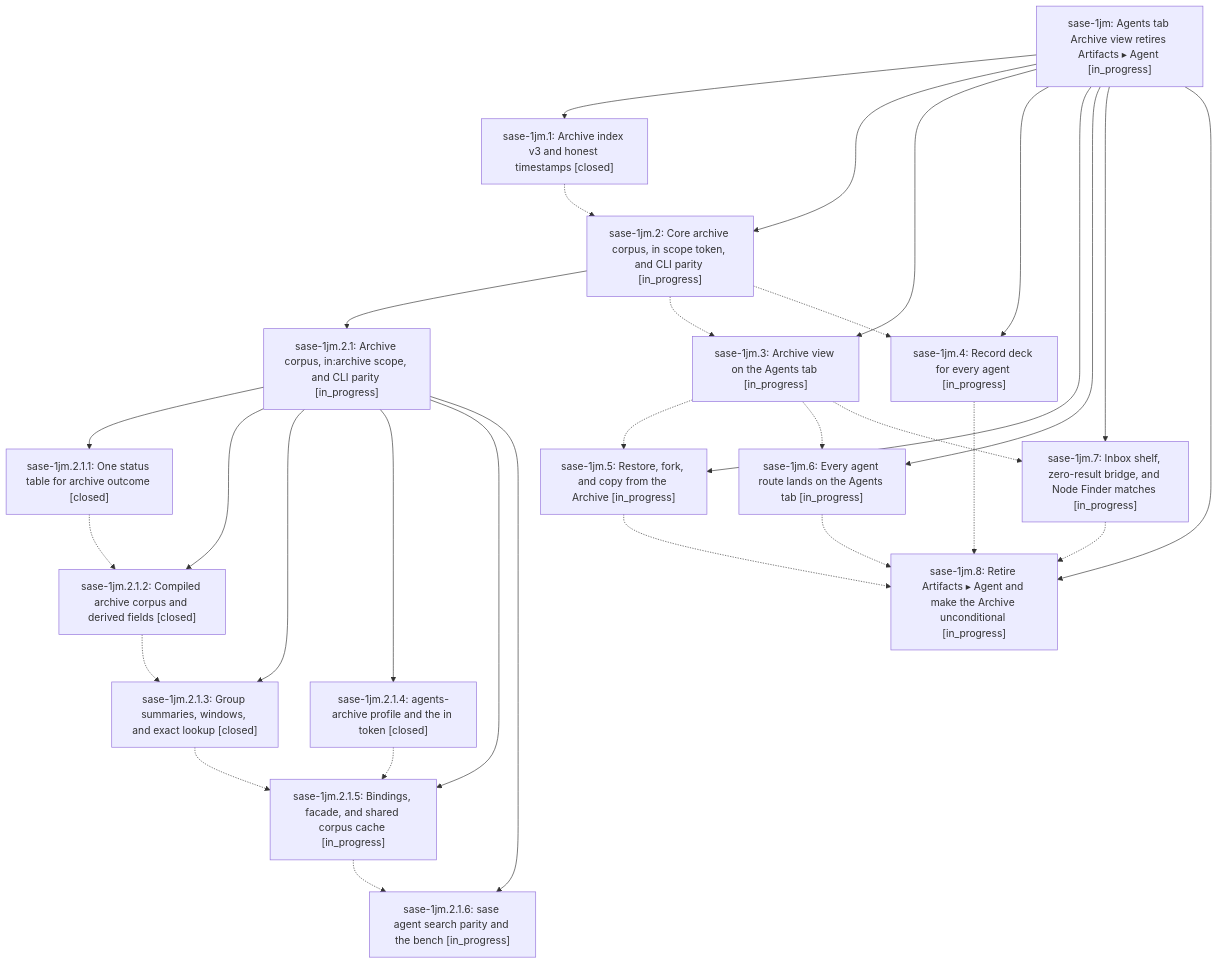
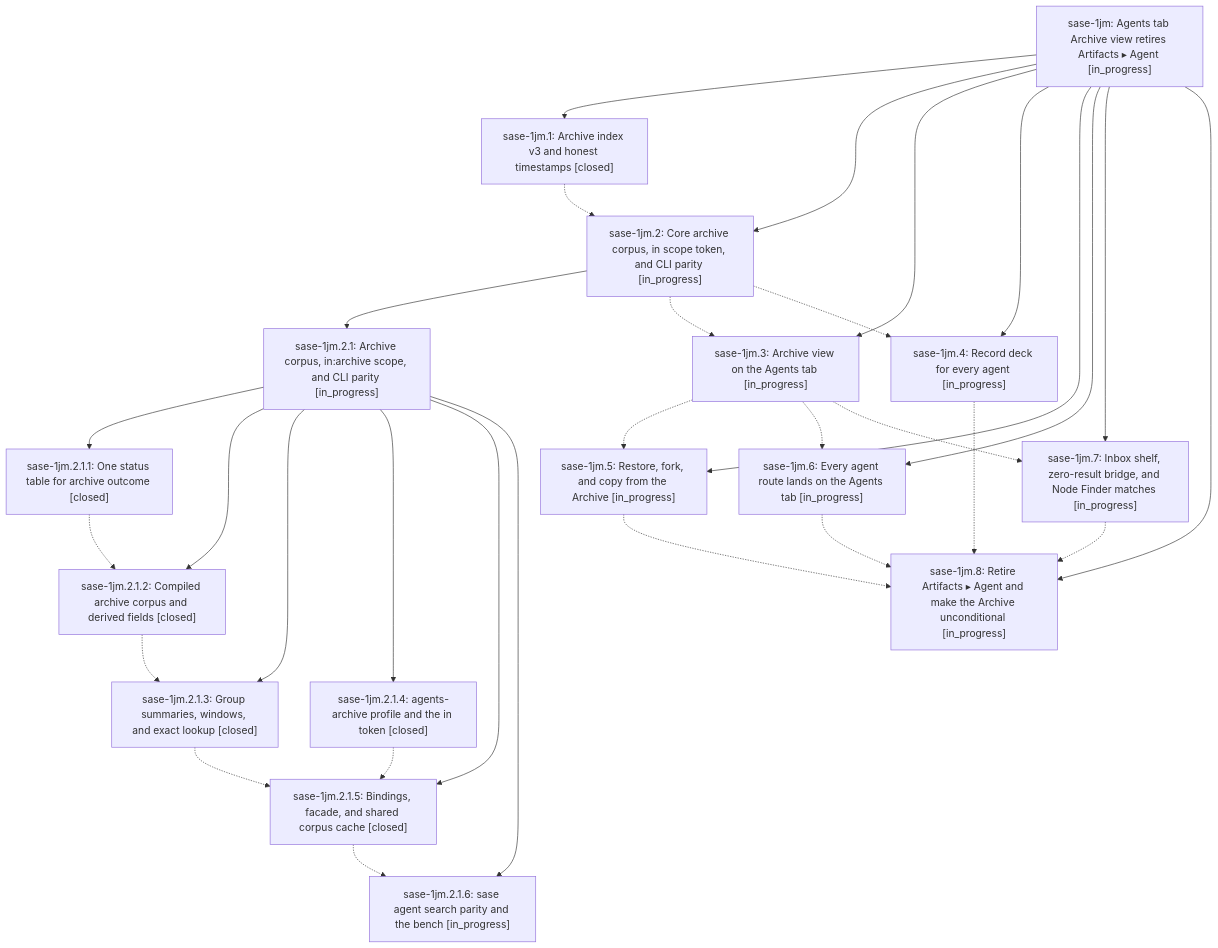
One commit to sase-org/sase--beads changed the diagram in pages/sase-1jm/README.md. Above: the diagram before and after it, drawn with Mermaid. The commit also changed other lines of this file and 4 other files, not shown here.

````diff
--- a/pages/sase-1jm/README.md
+++ b/pages/sase-1jm/README.md
@@ -43,49 +43,49 @@
 ```mermaid
 flowchart TD
     n0["sase-1jm: Agents tab Archive view retires Artifacts ▸ Agent [in_progress]"]
     n1["sase-1jm.1: Archive index v3 and honest timestamps [closed]"]
     n2["sase-1jm.2: Core archive corpus, in scope token, and CLI parity [in_progress]"]
     n3["sase-1jm.2.1: Archive corpus, in:archive scope, and CLI parity [in_progress]"]
     n4["sase-1jm.2.1.1: One status table for archive outcome [closed]"]
     n5["sase-1jm.2.1.2: Compiled archive corpus and derived fields [closed]"]
     n6["sase-1jm.2.1.3: Group summaries, windows, and exact lookup [closed]"]
     n7["sase-1jm.2.1.4: agents-archive profile and the in token [closed]"]
-    n8["sase-1jm.2.1.5: Bindings, facade, and shared corpus cache [in_progress]"]
+    n8["sase-1jm.2.1.5: Bindings, facade, and shared corpus cache [closed]"]
     n9["sase-1jm.2.1.6: sase agent search parity and the bench [in_progress]"]
     n10["sase-1jm.3: Archive view on the Agents tab [in_progress]"]
     n11["sase-1jm.4: Record deck for every agent [in_progress]"]
     n12["sase-1jm.5: Restore, fork, and copy from the Archive [in_progress]"]
     n13["sase-1jm.6: Every agent route lands on the Agents tab [in_progress]"]
     n14["sase-1jm.7: Inbox shelf, zero-result bridge, and Node Finder matches [in_progress]"]
     n15["sase-1jm.8: Retire Artifacts ▸ Agent and make the Archive unconditional [in_progress]"]
     n0 --> n1
     n0 --> n2
     n2 --> n3
     n3 --> n4
     n3 --> n5
     n3 --> n6
     n3 --> n7
     n3 --> n8
     n3 --> n9
     n0 --> n10
     n0 --> n11
     n0 --> n12
     n0 --> n13
     n0 --> n14
     n0 --> n15
     n1 -.-> n2
     n2 -.-> n10
     n2 -.-> n11
     n4 -.-> n5
     n5 -.-> n6
     n6 -.-> n8
     n7 -.-> n8
     n8 -.-> n9
     n10 -.-> n12
     n10 -.-> n13
     n10 -.-> n14
     n11 -.-> n15
     n12 -.-> n15
     n13 -.-> n15
     n14 -.-> n15
 ```
````
